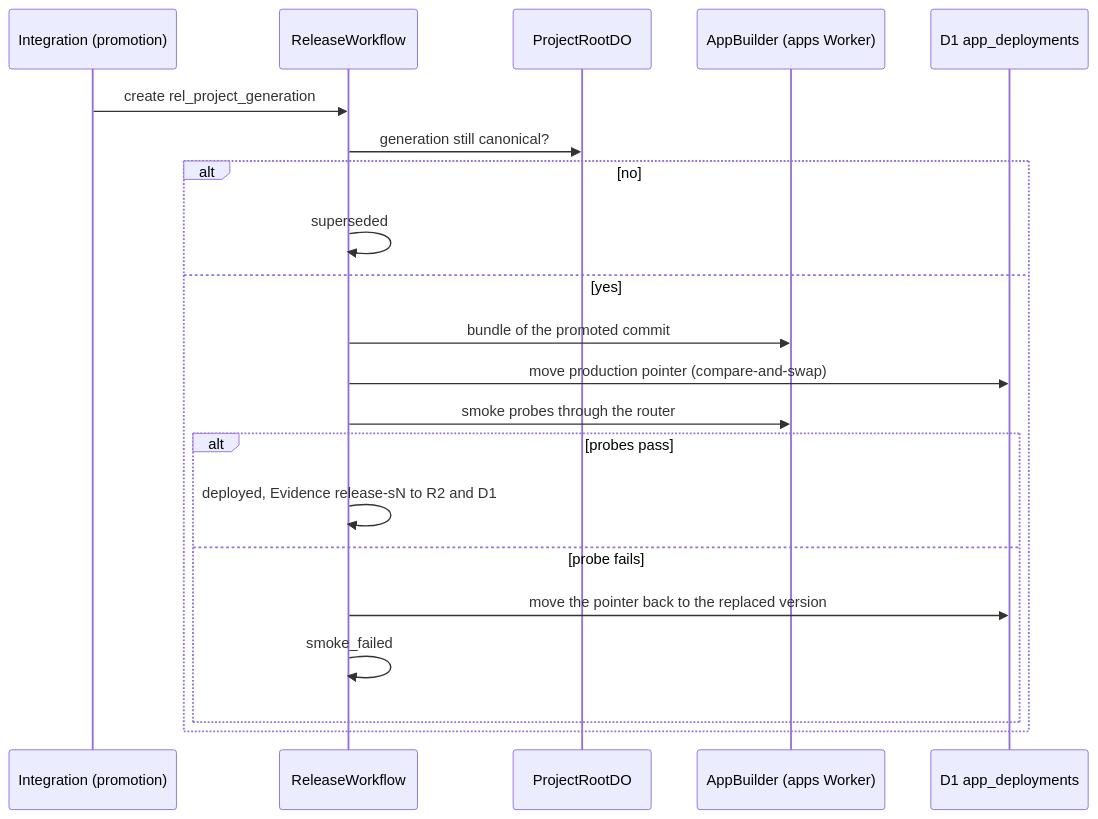
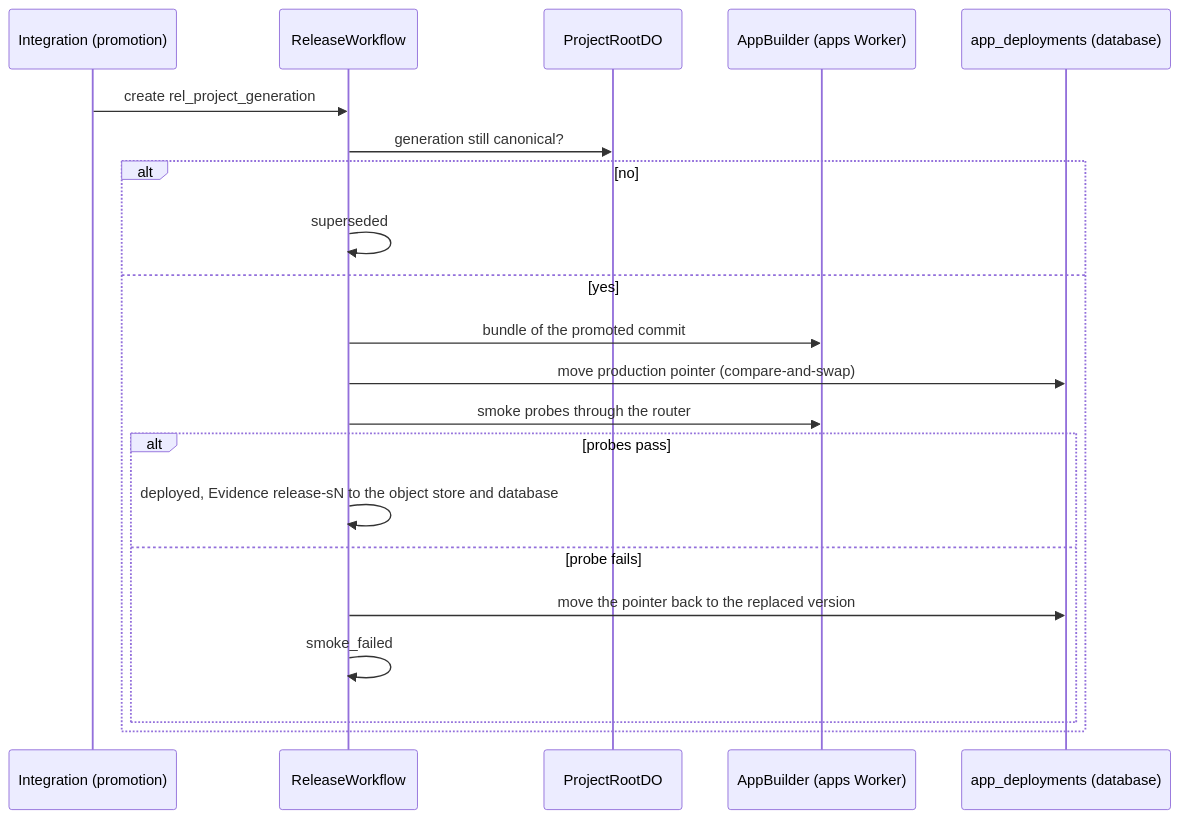
One commit to nsudhanva/rhumbatron changed the first of 2 diagrams in docs/adr/0020-live-apps-dynamic-workers.md. Above: the diagram before and after it, drawn with Mermaid. The commit also changed other lines of this file and 322 other files, not shown here.

````diff
--- a/docs/adr/0020-live-apps-dynamic-workers.md
+++ b/docs/adr/0020-live-apps-dynamic-workers.md
@@ -209,23 +210,23 @@
 ```mermaid
 sequenceDiagram
   participant I as Integration (promotion)
   participant W as ReleaseWorkflow
   participant P as ProjectRootDO
   participant B as AppBuilder (apps Worker)
-  participant D as D1 app_deployments
+  participant D as app_deployments (database)
   I->>W: create rel_project_generation
   W->>P: generation still canonical?
   alt no
     W->>W: superseded
   else yes
     W->>B: bundle of the promoted commit
     W->>D: move production pointer (compare-and-swap)
     W->>B: smoke probes through the router
     alt probes pass
-      W->>W: deployed, Evidence release-sN to R2 and D1
+      W->>W: deployed, Evidence release-sN to the object store and database
     else probe fails
       W->>D: move the pointer back to the replaced version
       W->>W: smoke_failed
     end
   end
 ```
````
